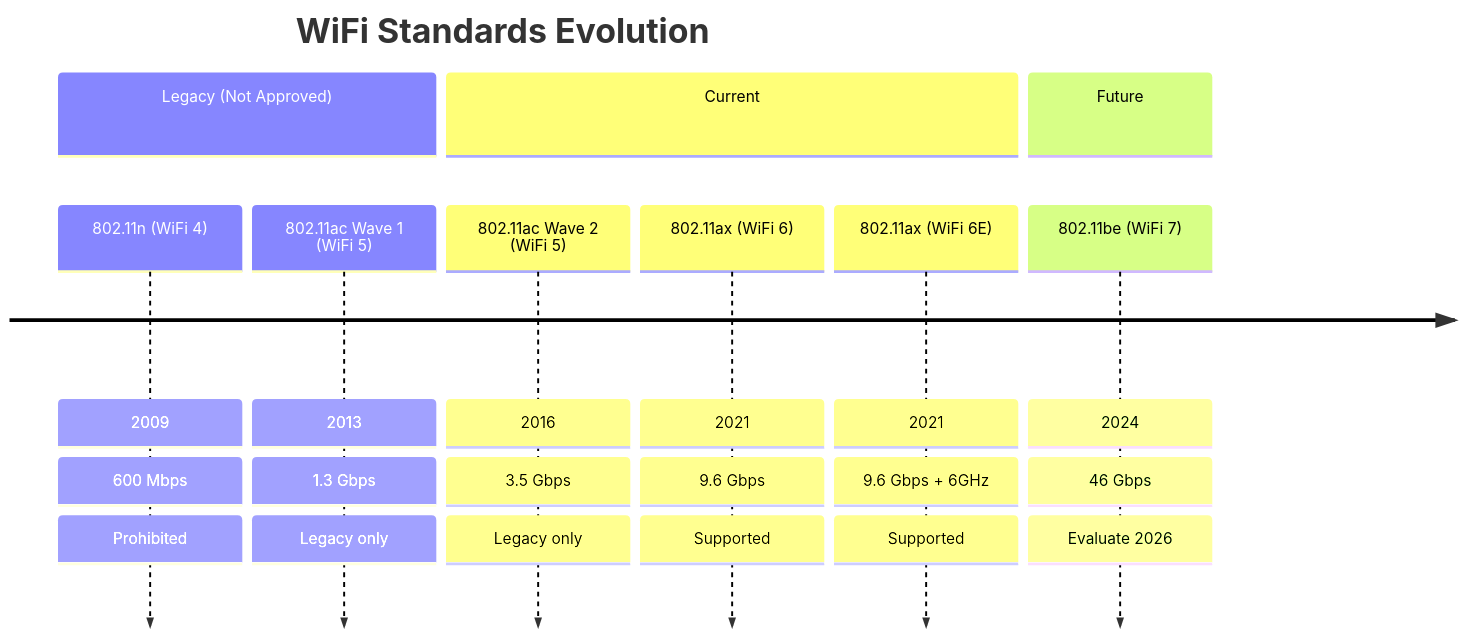
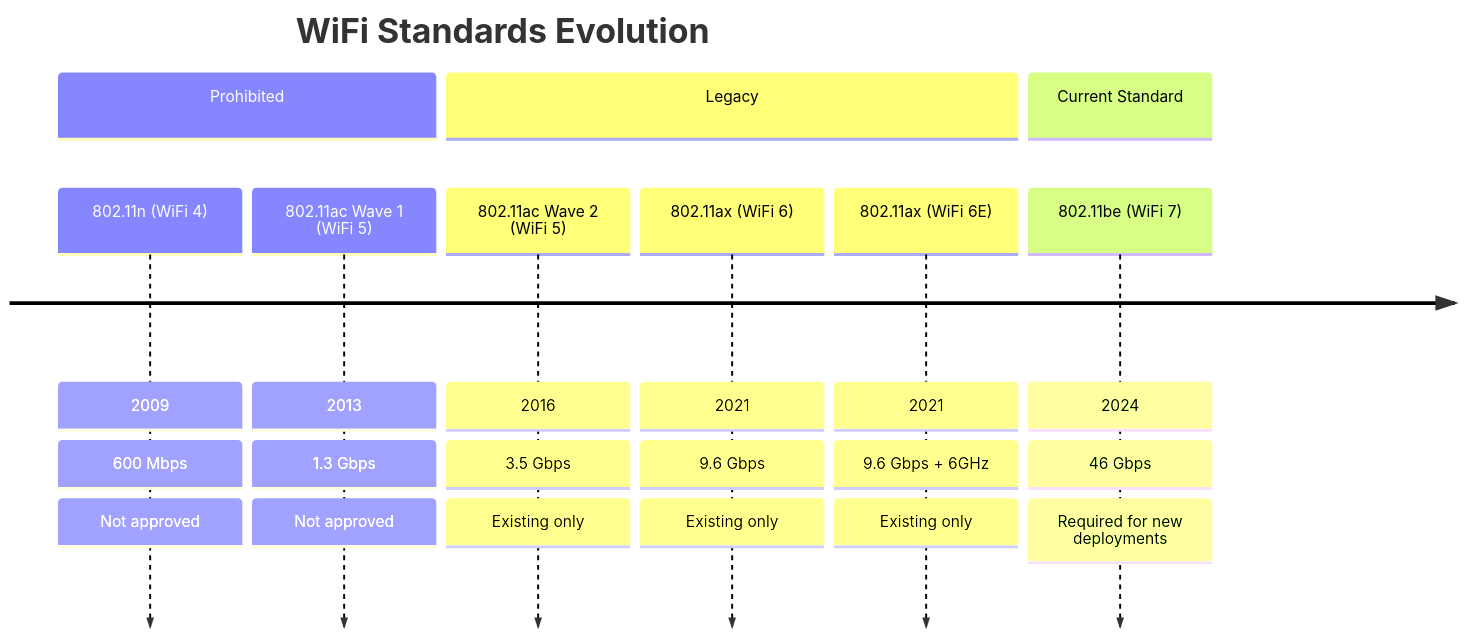
Before and after one commit to NewOrleansITI/networkstandards: the first of 7 diagrams in docs/wifi/access-point-specs.md, drawn with Mermaid. The commit also changed other lines of this file, not shown here.

First line of the commit message:
Update WiFi standard from WiFi 6 to WiFi 7 (802.11be)

````diff
--- a/docs/wifi/access-point-specs.md
+++ b/docs/wifi/access-point-specs.md
@@ -30,13 +31,13 @@
 ```mermaid
 timeline
     title WiFi Standards Evolution
-    section Legacy (Not Approved)
-        802.11n (WiFi 4) : 2009 : 600 Mbps : Prohibited
-        802.11ac Wave 1 (WiFi 5) : 2013 : 1.3 Gbps : Legacy only
-    section Current
-        802.11ac Wave 2 (WiFi 5) : 2016 : 3.5 Gbps : Legacy only
-        802.11ax (WiFi 6) : 2021 : 9.6 Gbps : Supported
-        802.11ax (WiFi 6E) : 2021 : 9.6 Gbps + 6GHz : Supported
-    section Future
-        802.11be (WiFi 7) : 2024 : 46 Gbps : Evaluate 2026
+    section Prohibited
+        802.11n (WiFi 4) : 2009 : 600 Mbps : Not approved
+        802.11ac Wave 1 (WiFi 5) : 2013 : 1.3 Gbps : Not approved
+    section Legacy
+        802.11ac Wave 2 (WiFi 5) : 2016 : 3.5 Gbps : Existing only
+        802.11ax (WiFi 6) : 2021 : 9.6 Gbps : Existing only
+        802.11ax (WiFi 6E) : 2021 : 9.6 Gbps + 6GHz : Existing only
+    section Current Standard
+        802.11be (WiFi 7) : 2024 : 46 Gbps : Required for new deployments
 ```
````
